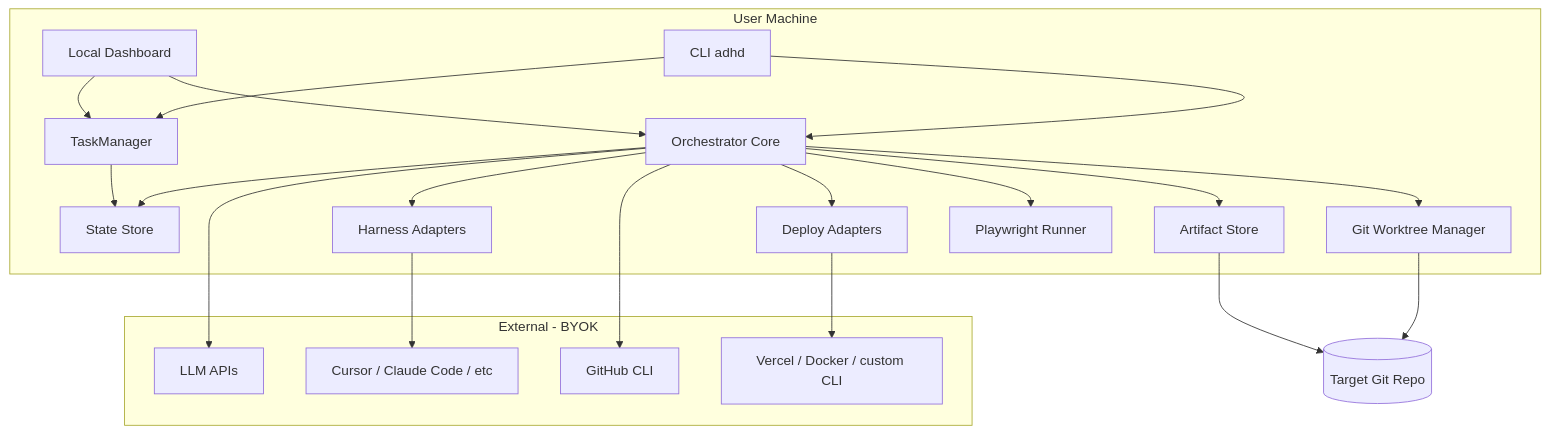
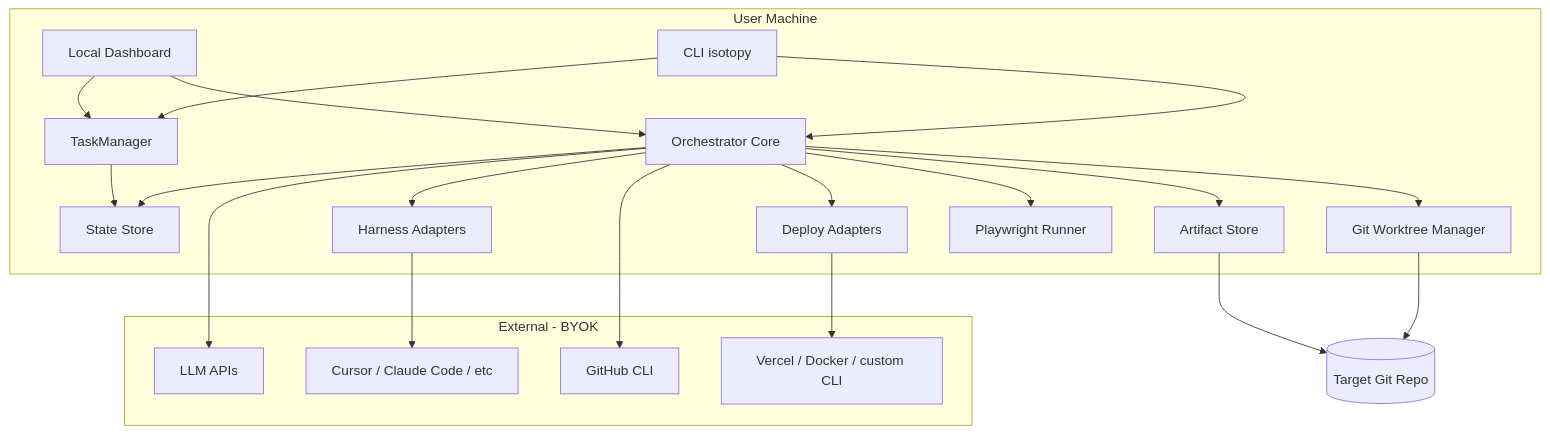
Before and after one commit to smekai/isotopy: the first of 4 diagrams in docs/architecture.md, drawn with Mermaid. The commit also changed other lines of this file and 54 other files, not shown here.

````diff
--- a/docs/architecture.md
+++ b/docs/architecture.md
@@ -435,41 +435,41 @@
 ```mermaid
 flowchart TB
     subgraph userMachine [User Machine]
-        CLI[CLI adhd]
+        CLI[CLI isotopy]
         UI[Local Dashboard]
         Orch[Orchestrator Core]
         TaskMgr[TaskManager]
         State[State Store]
         Artifacts[Artifact Store]
         WT[Git Worktree Manager]
         Adapters[Harness Adapters]
         DeployAdapters[Deploy Adapters]
         E2E[Playwright Runner]
 
         CLI --> Orch
         CLI --> TaskMgr
         UI --> Orch
         UI --> TaskMgr
         Orch --> State
         Orch --> Artifacts
         Orch --> WT
         Orch --> Adapters
         Orch --> DeployAdapters
         Orch --> E2E
         TaskMgr --> State
     end
 
     subgraph external [External - BYOK]
         LLM[LLM APIs]
         Harness[Cursor / Claude Code / etc]
         GH[GitHub CLI]
         Platforms[Vercel / Docker / custom CLI]
     end
 
     Adapters --> Harness
     DeployAdapters --> Platforms
     Orch --> LLM
     Orch --> GH
     WT --> Repo[(Target Git Repo)]
     Artifacts --> Repo
 ```
````
